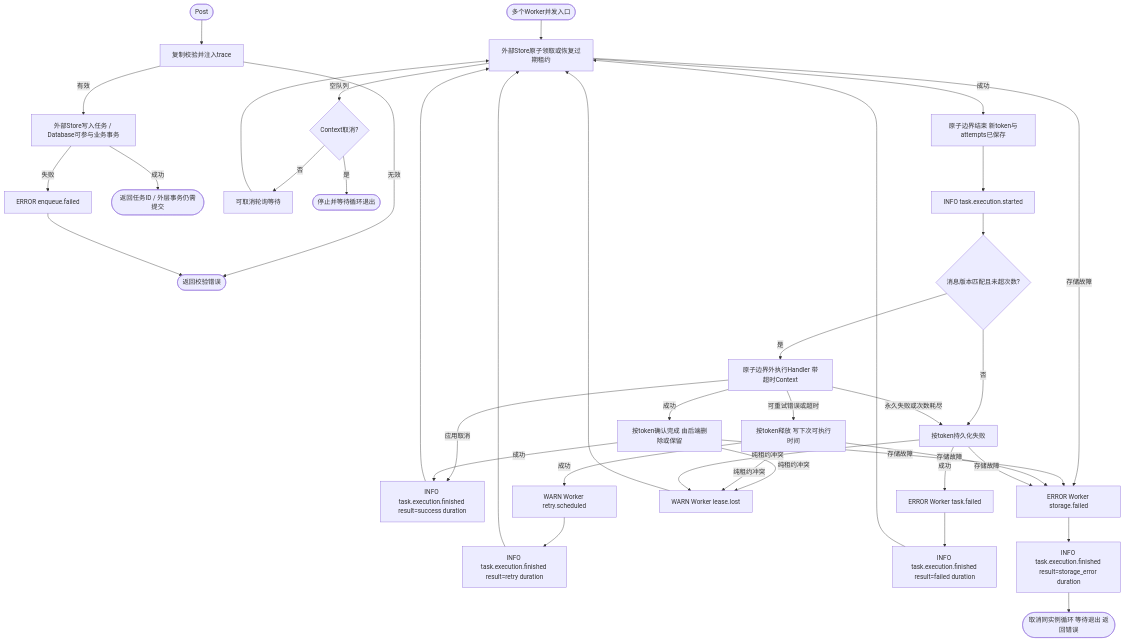
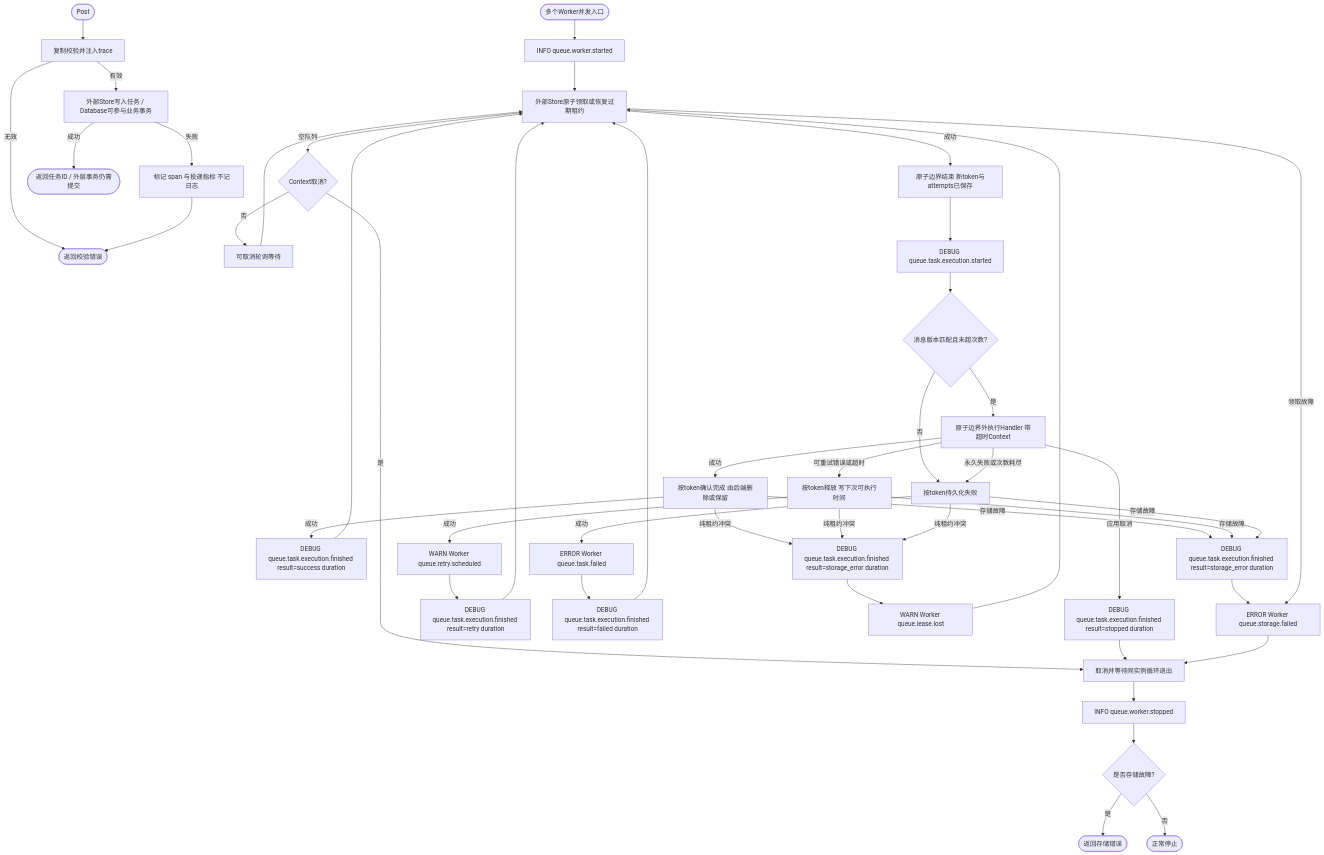
Before and after one commit to jaggerzhuang1994/kratos-foundation: the second of 3 diagrams in pkg/queue/README.md, drawn with Mermaid. The commit also changed other lines of this file and 204 other files, not shown here.

````diff
--- a/pkg/queue/README.md
+++ b/pkg/queue/README.md
@@ -99,35 +99,44 @@
 ```mermaid
 flowchart TD
     A([Post]) --> B[复制校验并注入trace]
     B -- 无效 --> C([返回校验错误])
     B -- 有效 --> D[外部Store写入任务 / Database可参与业务事务]
-    D -- 失败 --> E[ERROR enqueue.failed]
+    D -- 失败 --> E[标记 span 与投递指标 不记日志]
     E --> C
     D -- 成功 --> F([返回任务ID / 外层事务仍需提交])
-    G([多个Worker并发入口]) --> H[外部Store原子领取或恢复过期租约]
+    G([多个Worker并发入口]) --> GS[INFO queue.worker.started]
+    GS --> H[外部Store原子领取或恢复过期租约]
     H -- 空队列 --> I{Context取消?}
     I -- 否 --> J[可取消轮询等待]
     J --> H
-    I -- 是 --> Z([停止并等待循环退出])
+    I -- 是 --> Z[取消并等待同实例循环退出]
+    Z --> ZL[INFO queue.worker.stopped]
+    ZE([正常停止])
     H -- 成功 --> K[原子边界结束 新token与attempts已保存]
-    K --> KS[INFO task.execution.started]
+    K --> KS[DEBUG queue.task.execution.started]
     KS --> L{消息版本匹配且未超次数?}
     L -- 是 --> M[原子边界外执行Handler 带超时Context]
     L -- 否 --> R[按token持久化失败]
     M -- 成功 --> N[按token确认完成 由后端删除或保留]
     M -- 可重试错误或超时 --> O[按token释放 写下次可执行时间]
     M -- 永久失败或次数耗尽 --> R
-    M -- 应用取消 --> P[INFO task.execution.finished result=stopped duration]
-    N -- 成功 --> P[INFO task.execution.finished result=success duration]
-    O -- 成功 --> Q[WARN Worker retry.scheduled]
-    R -- 成功 --> S[ERROR Worker task.failed]
-    Q --> Q1[INFO task.execution.finished result=retry duration]
-    S --> S1[INFO task.execution.finished result=failed duration]
+    M -- 应用取消 --> PS[DEBUG queue.task.execution.finished result=stopped duration]
+    PS --> Z
+    N -- 成功 --> P[DEBUG queue.task.execution.finished result=success duration]
+    O -- 成功 --> Q[WARN Worker queue.retry.scheduled]
+    R -- 成功 --> S[ERROR Worker queue.task.failed]
+    Q --> Q1[DEBUG queue.task.execution.finished result=retry duration]
+    S --> S1[DEBUG queue.task.execution.finished result=failed duration]
     P --> H
     Q1 & S1 --> H
-    N & O & R -- 纯租约冲突 --> T[WARN Worker lease.lost]
+    N & O & R -- 纯租约冲突 --> TL[DEBUG queue.task.execution.finished result=storage_error duration]
+    TL --> T[WARN Worker queue.lease.lost]
     T --> H
-    H & N & O & R -- 存储故障 --> U[ERROR Worker storage.failed]
-    U --> U1[INFO task.execution.finished result=storage_error duration]
-    U1 --> V([取消同实例循环 等待退出 返回错误])
+    N & O & R -- 存储故障 --> U1[DEBUG queue.task.execution.finished result=storage_error duration]
+    U1 --> U[ERROR Worker queue.storage.failed]
+    H -- 领取故障 --> U
+    U --> Z
+    ZL --> ZR{是否存储故障?}
+    ZR -- 是 --> V([返回存储错误])
+    ZR -- 否 --> ZE
 ```
````
